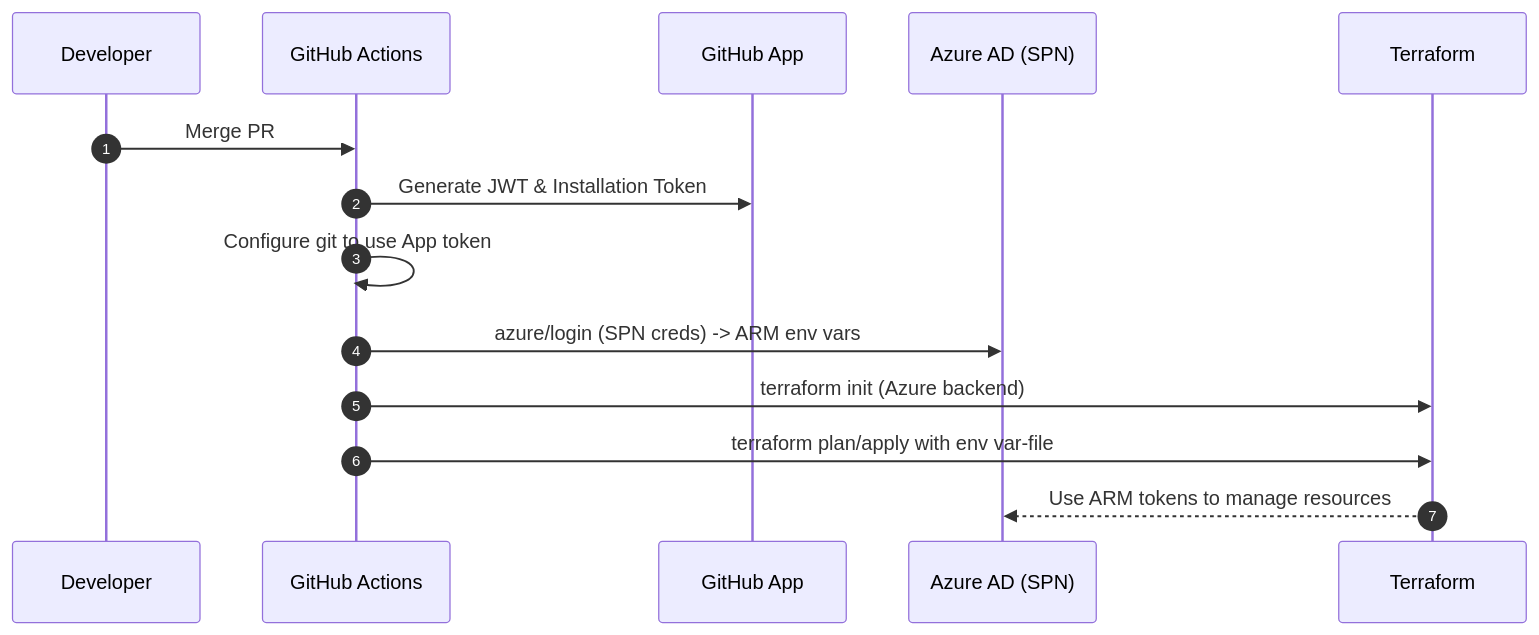
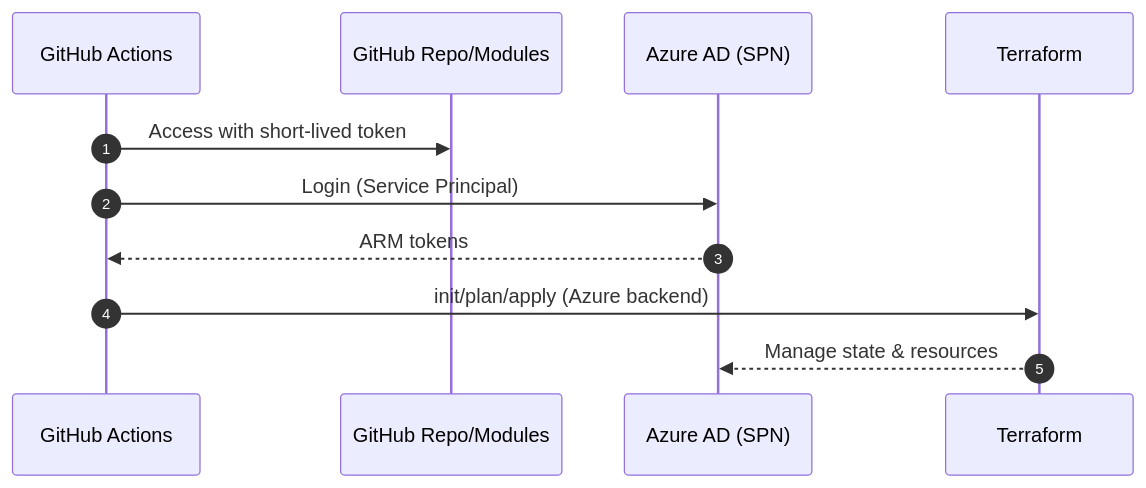
The third of 3 diagrams in docs/github-apps-vs-pat.md (valini01/repo-root-terraform), drawn with Mermaid before and after one commit. The commit also changed other lines of this file and 17 other files, not shown here.

````diff
--- a/docs/github-apps-vs-pat.md
+++ b/docs/github-apps-vs-pat.md
@@ -114,17 +60,14 @@
 ```mermaid
 sequenceDiagram
   autonumber
-  participant Dev as Developer
-  participant GH as GitHub Actions
-  participant App as GitHub App
-  participant Az as Azure AD (SPN)
+  participant Actions as GitHub Actions
+  participant Repo as GitHub Repo/Modules
+  participant Azure as Azure AD (SPN)
   participant TF as Terraform
 
-  Dev->>GH: Merge PR
-  GH->>App: Generate JWT & Installation Token
-  GH->>GH: Configure git to use App token
-  GH->>Az: azure/login (SPN creds) -> ARM env vars
-  GH->>TF: terraform init (Azure backend)
-  GH->>TF: terraform plan/apply with env var-file
-  TF-->>Az: Use ARM tokens to manage resources
+  Actions->>Repo: Access with short‑lived token
+  Actions->>Azure: Login (Service Principal)
+  Azure-->>Actions: ARM tokens
+  Actions->>TF: init/plan/apply (Azure backend)
+  TF-->>Azure: Manage state & resources
 ```
````
